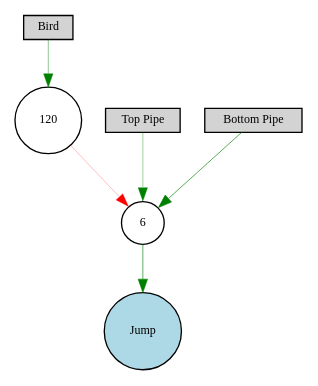
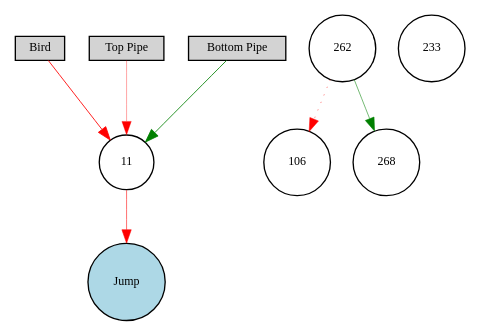
One commit to Tanisha572/flappy-bird-AI changed the diagram in Digraph.gv. Above: the diagram before and after it, drawn with Graphviz. The commit also changed 6 other files, not shown here.

```diff
--- a/Digraph.gv
+++ b/Digraph.gv
@@ -1,14 +1,18 @@
 digraph {
 	node [fontsize=9 height=0.2 shape=circle width=0.2]
 	Bird [fillcolor=lightgray shape=box style=filled]
 	"Top Pipe" [fillcolor=lightgray shape=box style=filled]
 	"Bottom Pipe" [fillcolor=lightgray shape=box style=filled]
 	Jump [fillcolor=lightblue style=filled]
-	120 [fillcolor=white style=filled]
-	6 [fillcolor=white style=filled]
-	"Top Pipe" -> 6 [color=green penwidth=0.2919381905359495 style=solid]
-	"Bottom Pipe" -> 6 [color=green penwidth=0.4912696493246146 style=solid]
-	6 -> Jump [color=green penwidth=0.47067512313861615 style=solid]
-	Bird -> 120 [color=green penwidth=0.33575716365757713 style=solid]
-	120 -> 6 [color=red penwidth=0.1854971745099789 style=solid]
+	262 [fillcolor=white style=filled]
+	233 [fillcolor=white style=filled]
+	106 [fillcolor=white style=filled]
+	11 [fillcolor=white style=filled]
+	268 [fillcolor=white style=filled]
+	Bird -> 11 [color=red penwidth=0.6462502822817496 style=solid]
+	"Bottom Pipe" -> 11 [color=green penwidth=0.6276939645867597 style=solid]
+	11 -> Jump [color=red penwidth=0.43200686678081357 style=solid]
+	"Top Pipe" -> 11 [color=red penwidth=0.27117301403180516 style=solid]
+	262 -> 106 [color=red penwidth=0.3357159983579086 style=dotted]
+	262 -> 268 [color=green penwidth=0.4098126869816242 style=solid]
 }
```
